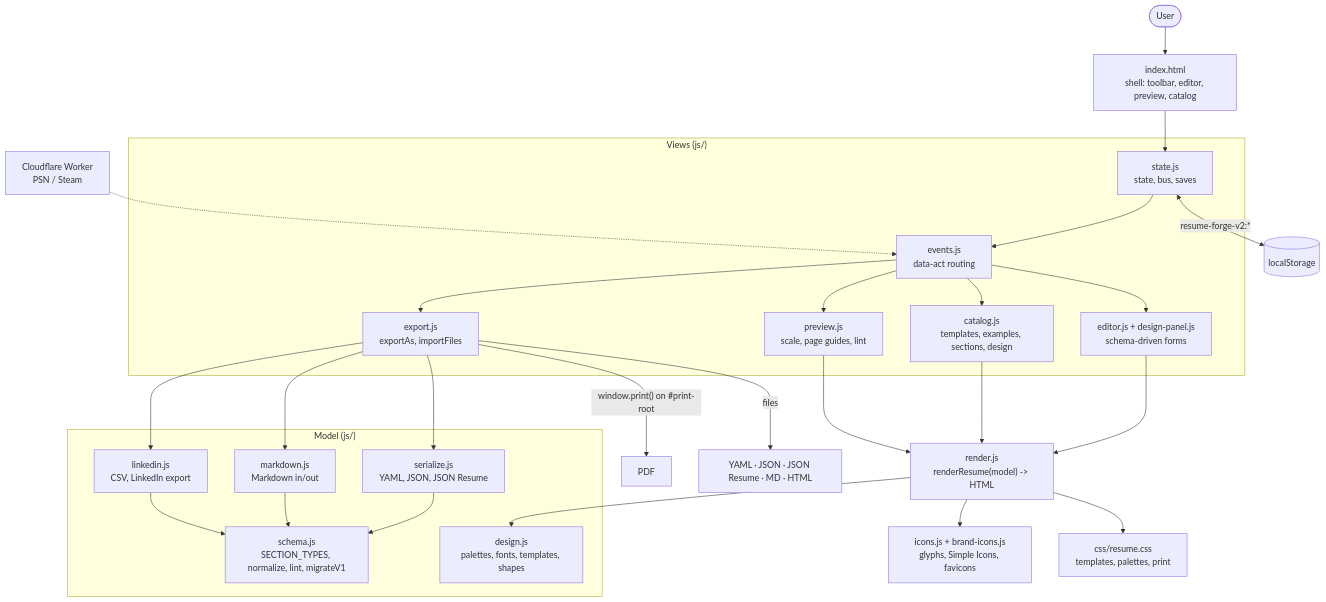
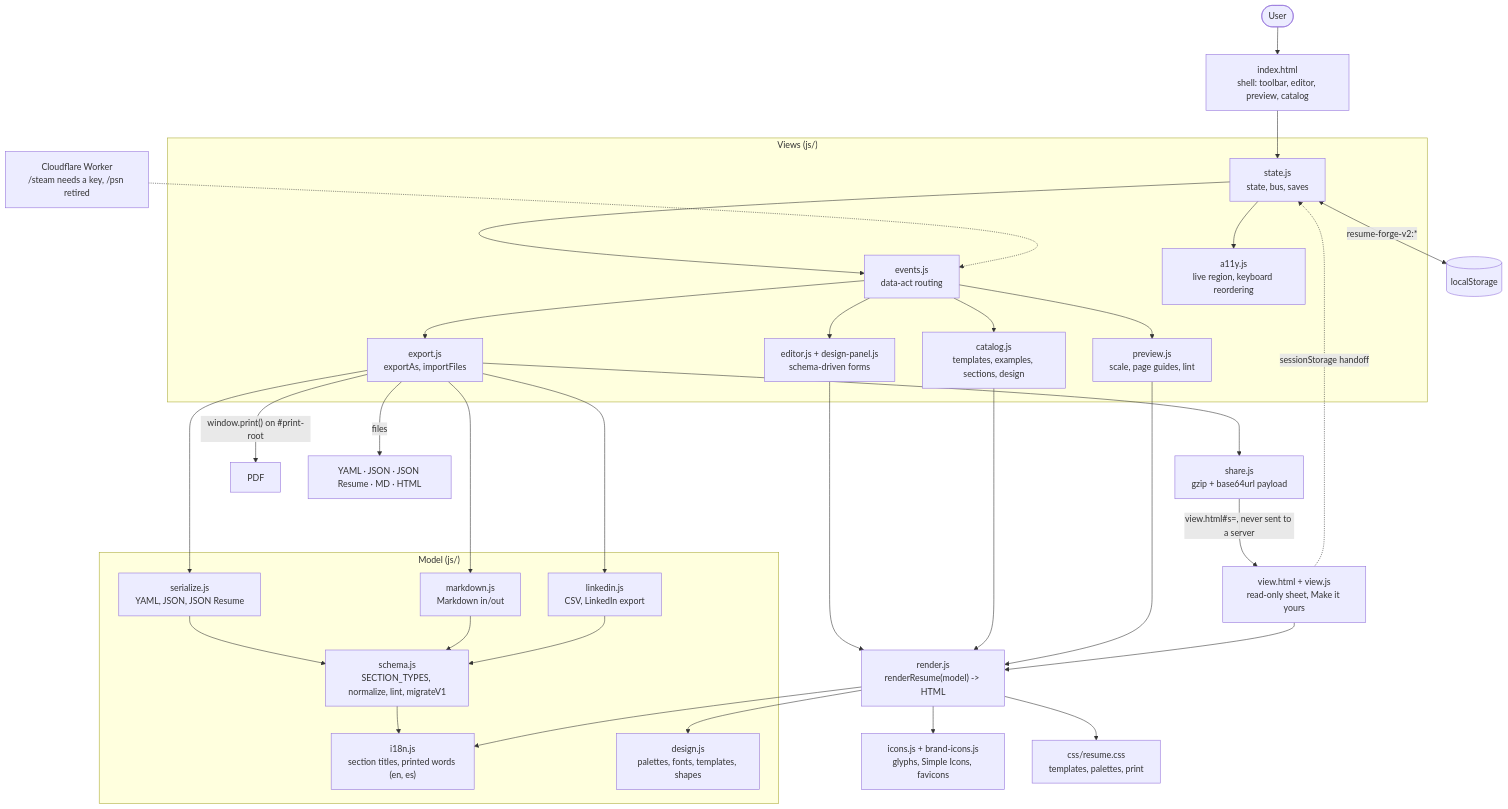
The diagram in README.md (energon-a-secas/resume-forge-site), drawn with Mermaid before and after one commit. The commit also changed other lines of this file and 14 other files, not shown here.

````diff
--- a/README.md
+++ b/README.md
@@ -97,38 +115,47 @@
 ```mermaid
 flowchart TB
     User([User]) --> HTML["index.html\nshell: toolbar, editor, preview, catalog"]
 
     subgraph Data["Model (js/)"]
         schema["schema.js\nSECTION_TYPES, normalize, lint, migrateV1"]
+        i18n["i18n.js\nsection titles, printed words (en, es)"]
         design["design.js\npalettes, fonts, templates, shapes"]
         serialize["serialize.js\nYAML, JSON, JSON Resume"]
         markdown["markdown.js\nMarkdown in/out"]
         linkedin["linkedin.js\nCSV, LinkedIn export"]
     end
 
     subgraph UI["Views (js/)"]
         state["state.js\nstate, bus, saves"]
         editor["editor.js + design-panel.js\nschema-driven forms"]
         catalog["catalog.js\ntemplates, examples, sections, design"]
         preview["preview.js\nscale, page guides, lint"]
         events["events.js\ndata-act routing"]
+        a11y["a11y.js\nlive region, keyboard reordering"]
         exporter["export.js\nexportAs, importFiles"]
     end
 
     render["render.js\nrenderResume(model) -> HTML"]
     icons["icons.js + brand-icons.js\nglyphs, Simple Icons, favicons"]
     sheetcss["css/resume.css\ntemplates, palettes, print"]
+    share["share.js\ngzip + base64url payload"]
 
     HTML --> state --> events
     events --> editor & catalog & preview & exporter
     editor & catalog & preview --> render
     render --> icons
     render --> sheetcss
     exporter --> serialize & markdown & linkedin
     serialize & markdown & linkedin --> schema
     render --> design
+    schema & render --> i18n
+    state --> a11y
     state <-->|"resume-forge-v2:*"| Storage[("localStorage")]
     exporter -->|"window.print() on #print-root"| PDF["PDF"]
     exporter -->|"files"| Files["YAML · JSON · JSON Resume · MD · HTML"]
-    Worker["Cloudflare Worker\nPSN / Steam"] -.-> events
+    exporter --> share
+    share -->|"view.html#s=, never sent to a server"| Viewer["view.html + view.js\nread-only sheet, Make it yours"]
+    Viewer --> render
+    Viewer -.->|"sessionStorage handoff"| state
+    Worker["Cloudflare Worker\n/steam needs a key, /psn retired"] -.-> events
 ```
````
